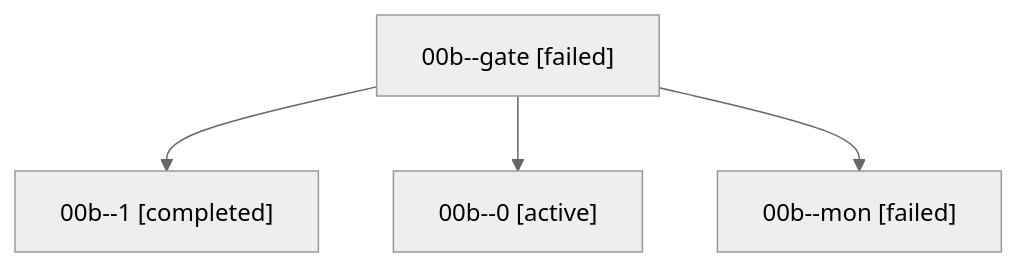
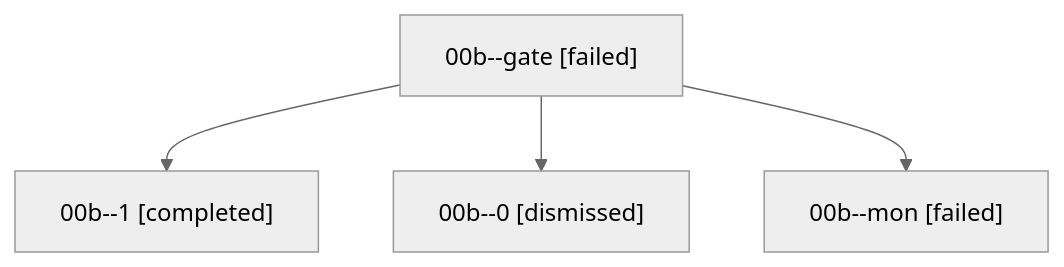
The diagram in sessions/bbugyi200.athena.00b.md (sase-org/sase--agents), drawn with Mermaid (neutral theme) before and after one commit. The commit also changed other lines of this file and 16 other files, not shown here.

````diff
--- a/sessions/bbugyi200.athena.00b.md
+++ b/sessions/bbugyi200.athena.00b.md
@@ -9,10 +9,10 @@
 ```mermaid
 flowchart TD
   n0["00b--gate [failed]"]
   n1["00b--1 [completed]"]
   n0 --> n1
-  n2["00b--0 [active]"]
+  n2["00b--0 [dismissed]"]
   n0 --> n2
   n3["00b--mon [failed]"]
   n0 --> n3
 ```
````
